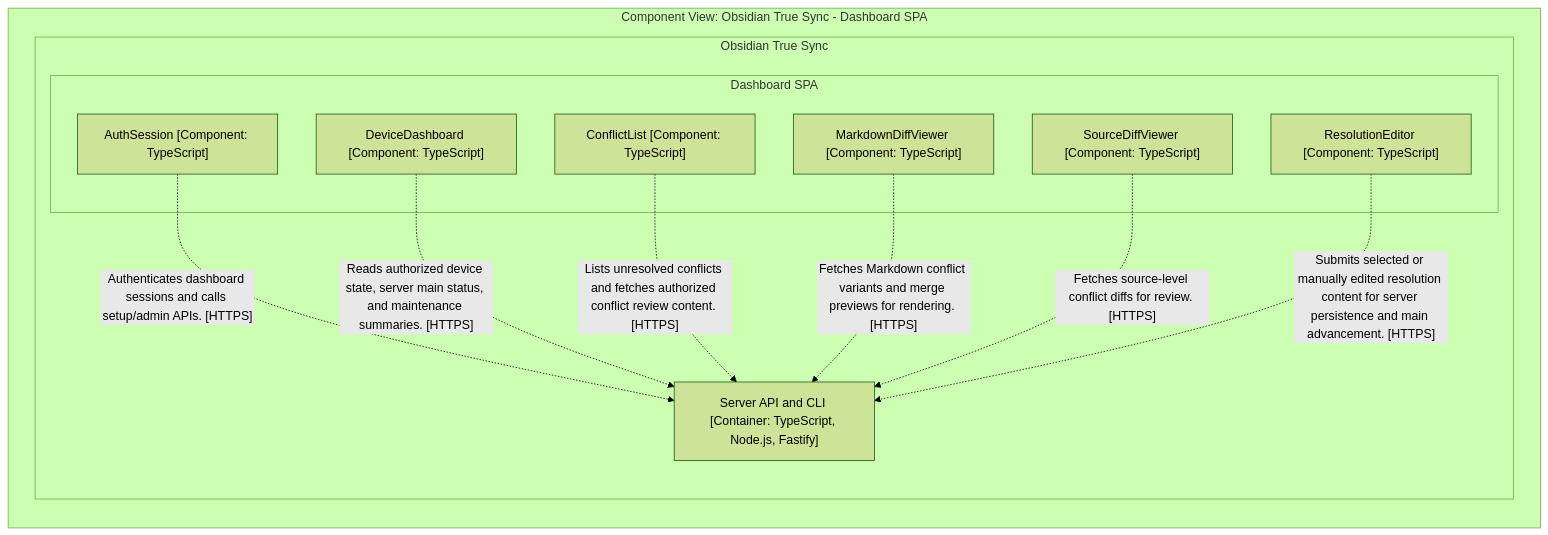
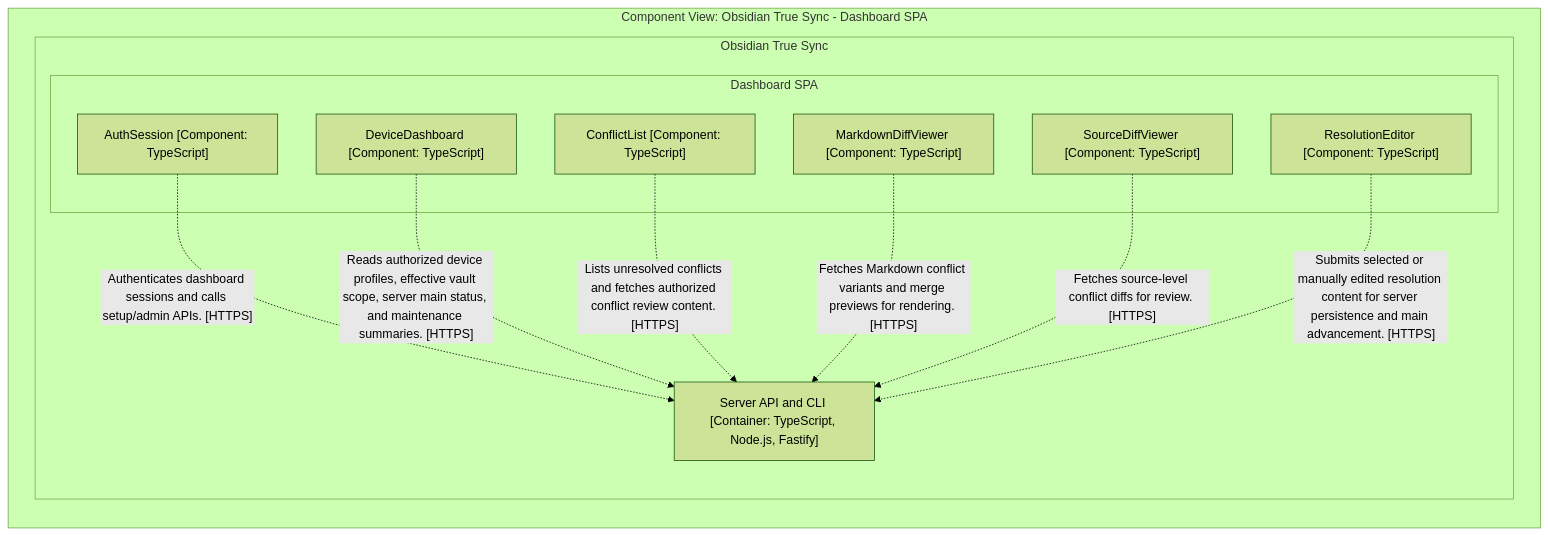
One commit to nareto/obts changed the second of 5 diagrams in architecture/DIAGRAMS.md. Above: the diagram before and after it, drawn with Mermaid (forest theme). The commit also changed other lines of this file and 7 other files, not shown here.

Commit message:
Define dynamic device sync scope

````diff
--- a/architecture/DIAGRAMS.md
+++ b/architecture/DIAGRAMS.md
@@ -54,30 +54,30 @@
 ```mermaid
 graph LR
 
   subgraph diagram ["Component View: Obsidian True Sync - Dashboard SPA"]
 
     subgraph 6 ["Obsidian True Sync"]
 
-      subgraph 22 ["Dashboard SPA"]
+      subgraph 23 ["Dashboard SPA"]
 
-        23["AuthSession [Component: TypeScript]"]
-        24["DeviceDashboard [Component: TypeScript]"]
-        25["ConflictList [Component: TypeScript]"]
-        26["MarkdownDiffViewer [Component: TypeScript]"]
-        27["SourceDiffViewer [Component: TypeScript]"]
-        28["ResolutionEditor [Component: TypeScript]"]
+        24["AuthSession [Component: TypeScript]"]
+        25["DeviceDashboard [Component: TypeScript]"]
+        26["ConflictList [Component: TypeScript]"]
+        27["MarkdownDiffViewer [Component: TypeScript]"]
+        28["SourceDiffViewer [Component: TypeScript]"]
+        29["ResolutionEditor [Component: TypeScript]"]
       end
 
       7["Server API and CLI [Container: TypeScript, Node.js, Fastify]"]
     end
 
-    23-. "Authenticates dashboard sessions and calls setup/admin APIs. [HTTPS]" .->7
-    24-. "Reads authorized device state, server main status, and maintenance summaries. [HTTPS]" .->7
-    25-. "Lists unresolved conflicts and fetches authorized conflict review content. [HTTPS]" .->7
-    26-. "Fetches Markdown conflict variants and merge previews for rendering. [HTTPS]" .->7
-    27-. "Fetches source-level conflict diffs for review. [HTTPS]" .->7
-    28-. "Submits selected or manually edited resolution content for server persistence and main advancement. [HTTPS]" .->7
+    24-. "Authenticates dashboard sessions and calls setup/admin APIs. [HTTPS]" .->7
+    25-. "Reads authorized device profiles, effective vault scope, server main status, and maintenance summaries. [HTTPS]" .->7
+    26-. "Lists unresolved conflicts and fetches authorized conflict review content. [HTTPS]" .->7
+    27-. "Fetches Markdown conflict variants and merge previews for rendering. [HTTPS]" .->7
+    28-. "Fetches source-level conflict diffs for review. [HTTPS]" .->7
+    29-. "Submits selected or manually edited resolution content for server persistence and main advancement. [HTTPS]" .->7
 
   end
 
 ```
````
